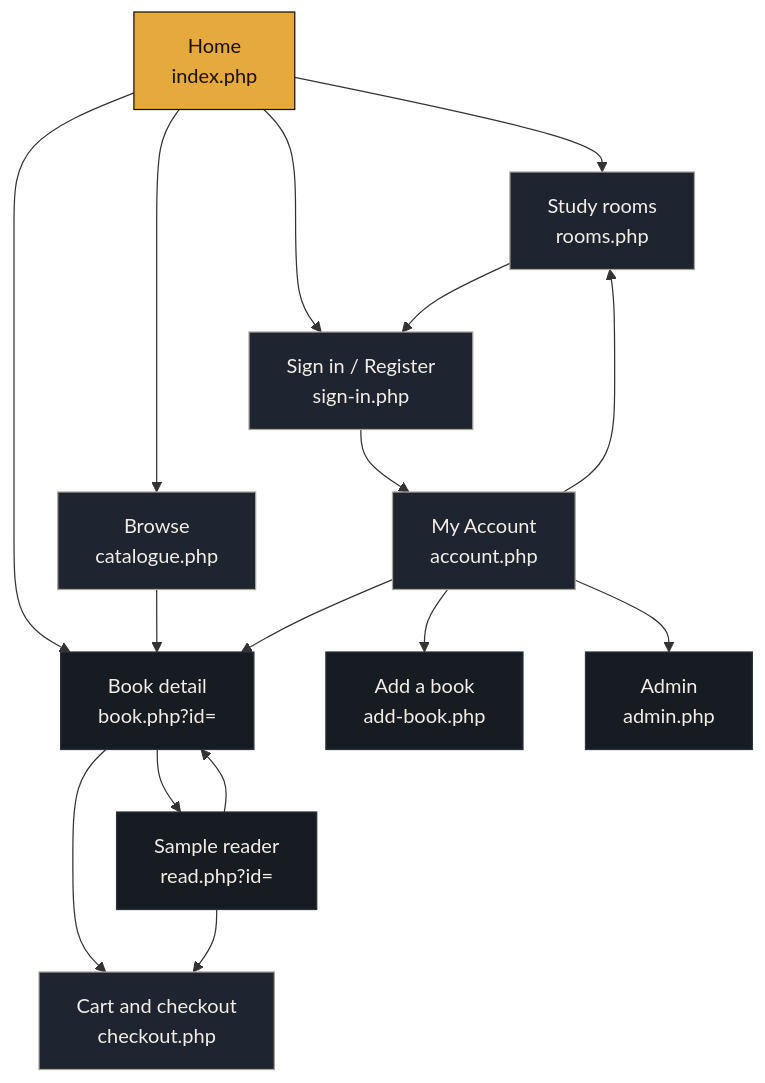
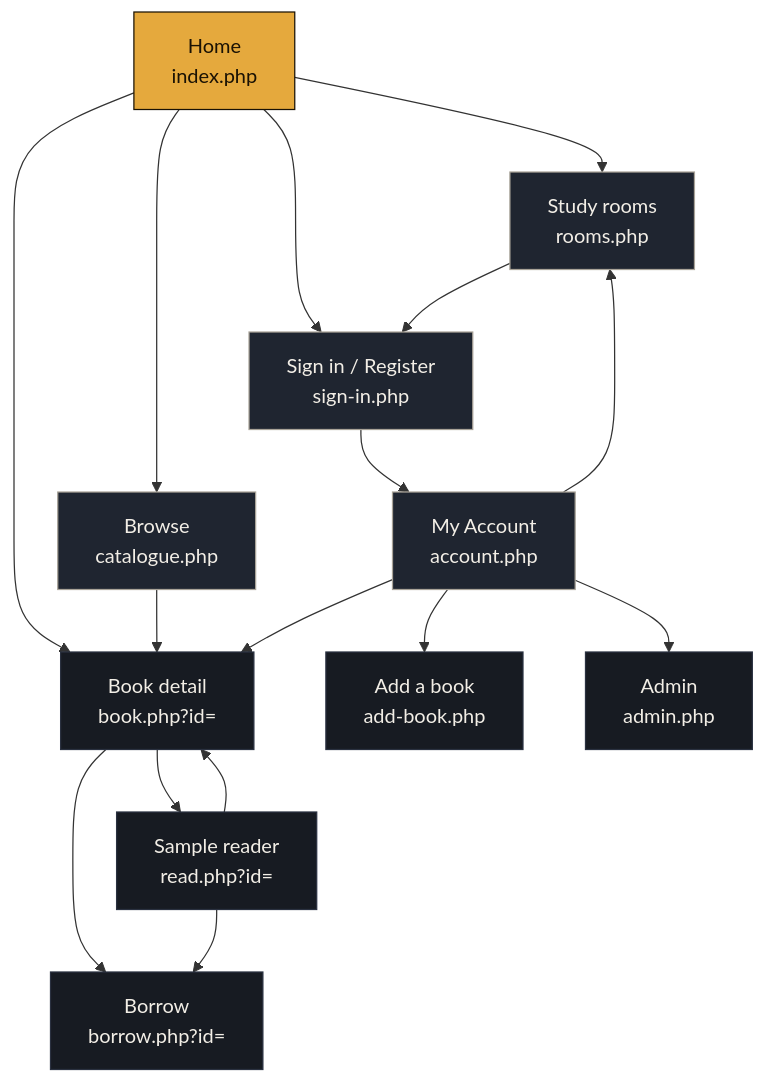
Before and after one commit to vionyp/IE4727-F35-DG14: the first of 2 diagrams in booknest/docs/SITEMAP.md, drawn with Mermaid. The commit also changed other lines of this file and 41 other files, not shown here.

````diff
--- a/booknest/docs/SITEMAP.md
+++ b/booknest/docs/SITEMAP.md
@@ -10,36 +10,36 @@
 ```mermaid
 flowchart TD
     H["Home<br/>index.php"]
     C["Browse<br/>catalogue.php"]
     B["Book detail<br/>book.php?id="]
     R["Sample reader<br/>read.php?id="]
-    K["Cart and checkout<br/>checkout.php"]
+    K["Borrow<br/>borrow.php?id="]
     S["Study rooms<br/>rooms.php"]
     A["My Account<br/>account.php"]
     I["Sign in / Register<br/>sign-in.php"]
     N["Add a book<br/>add-book.php"]
     D["Admin<br/>admin.php"]
 
     H --> C
     H --> B
     H --> S
     H --> I
     C --> B
     B --> R
     B --> K
     R --> K
     R --> B
     S --> I
     I --> A
     A --> N
     A --> B
     A --> S
     A --> D
 
     classDef level1 fill:#E5A93D,color:#1A1204,stroke:#1A1204
     classDef level2 fill:#1F2530,color:#F2EEE6,stroke:#A9A398
     classDef level3 fill:#171B22,color:#F2EEE6,stroke:#2A3140
     class H level1
-    class C,S,A,I,K level2
-    class B,R,N,D level3
+    class C,S,A,I level2
+    class B,R,K,N,D level3
 ```
````
